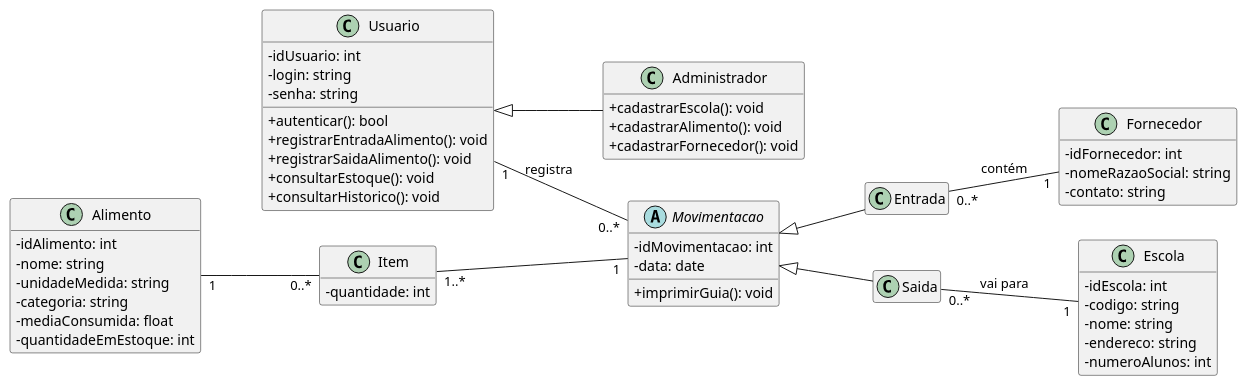
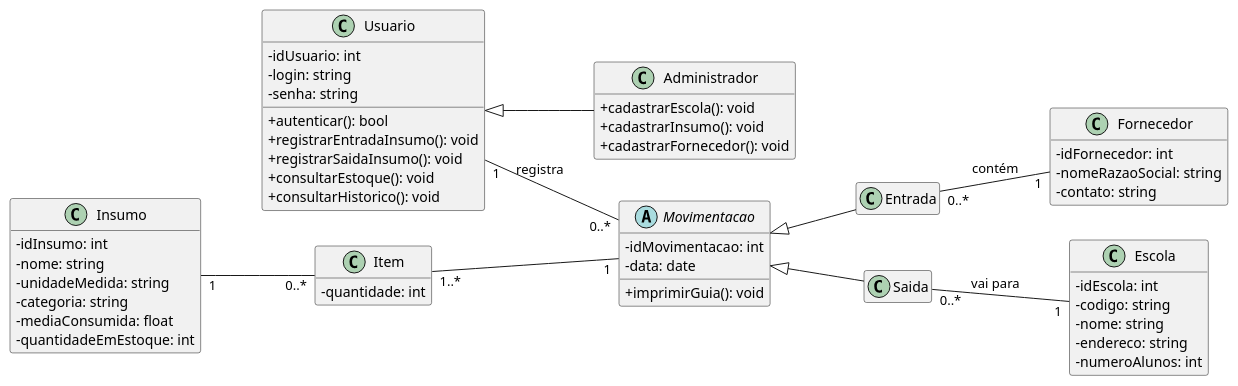
One commit to NOCKjr/TESI_I_PROJETO_ESTOQUE changed the diagram in diagrama-de-classes.puml. Above: the diagram before and after it, drawn with PlantUML. The commit also changed 1 other file, not shown here.

```diff
--- a/diagrama-de-classes.puml
+++ b/diagrama-de-classes.puml
@@ -1,78 +1,72 @@
 @startuml
 
 skinparam classAttributeIconSize 0
 hide empty members
 
 left to right direction
 
 class Usuario {
     -idUsuario: int
     -login: string
     -senha: string
     +autenticar(): bool
-    +registrarEntradaAlimento(): void
-    +registrarSaidaAlimento(): void
+    +registrarEntradaInsumo(): void
+    +registrarSaidaInsumo(): void
     +consultarEstoque(): void
     +consultarHistorico(): void
 }
 
 class Administrador extends Usuario {
     +cadastrarEscola(): void
-    +cadastrarAlimento(): void
+    +cadastrarInsumo(): void
     +cadastrarFornecedor(): void
 }
 
 class Escola {
     -idEscola: int
     -codigo: string
     -nome: string
     -endereco: string
     -numeroAlunos: int
 }
 
-class Alimento {
-    -idAlimento: int
+class Insumo {
+    -idInsumo: int
     -nome: string
     -unidadeMedida: string
     -categoria: string
     -mediaConsumida: float
     -quantidadeEmEstoque: int 
 }
 
 class Fornecedor {
     -idFornecedor: int
     -nomeRazaoSocial: string
     -contato: string
 }
 
 abstract class Movimentacao {
     -idMovimentacao: int
     -data: date
     +imprimirGuia(): void
 }
 
 class Entrada extends Movimentacao {}
 class Saida extends Movimentacao {}
 
 class Item {
     - quantidade: int
 }
 
 
 Usuario "1" -- "0..*" Movimentacao : registra
 
-' Movimentacao "0..*" -- "1..*" Alimento : refere-se a
-
 Item "1..*" -- "1" Movimentacao
 
-Alimento "1" -- "0..*" Item
+Insumo "1" -- "0..*" Item
 
 Entrada "0..*" -- "1" Fornecedor : contém
 
 Saida "0..*" -- "1" Escola : vai para
 
-' Fornecedor "0..*" -- "0..*" Alimento : fornece
-
-' Escola "0..*" -- "0..*" Alimento : recebe
-
 @enduml
```
